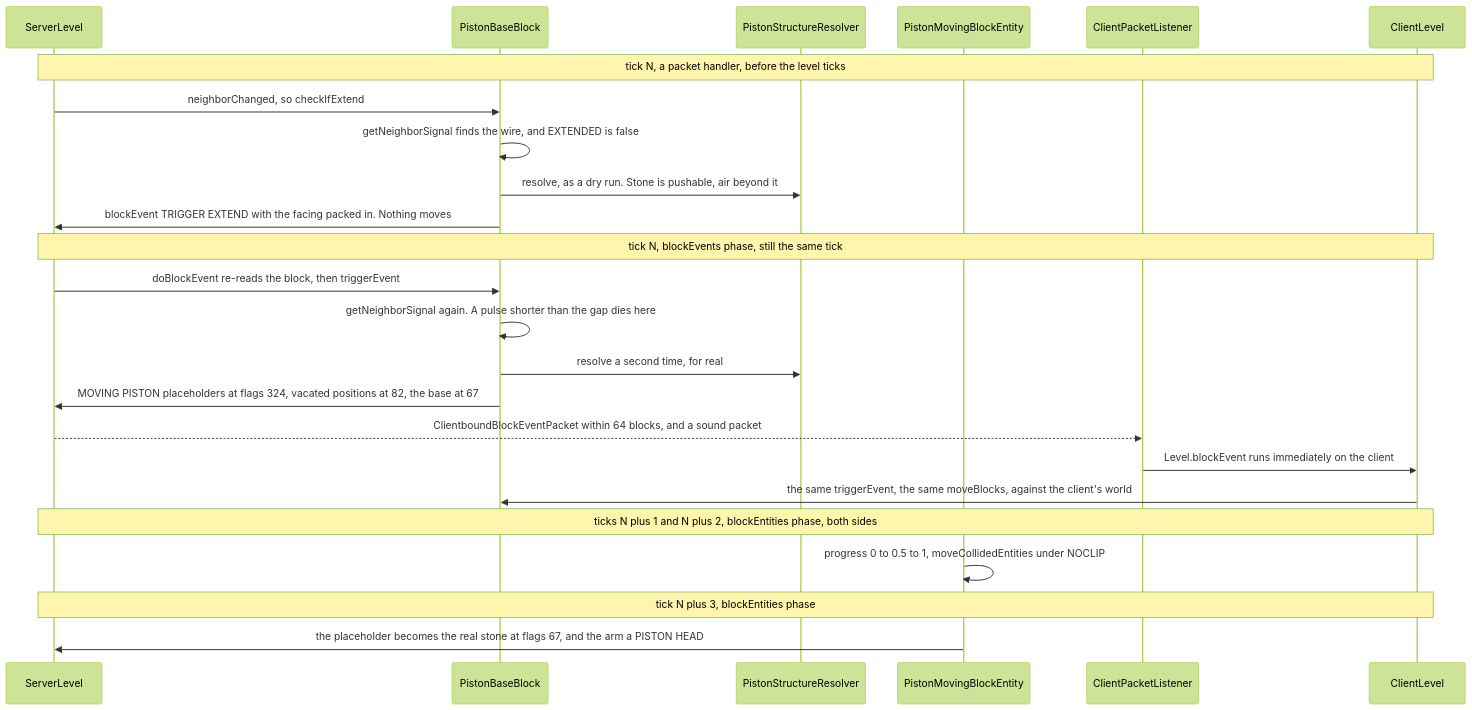
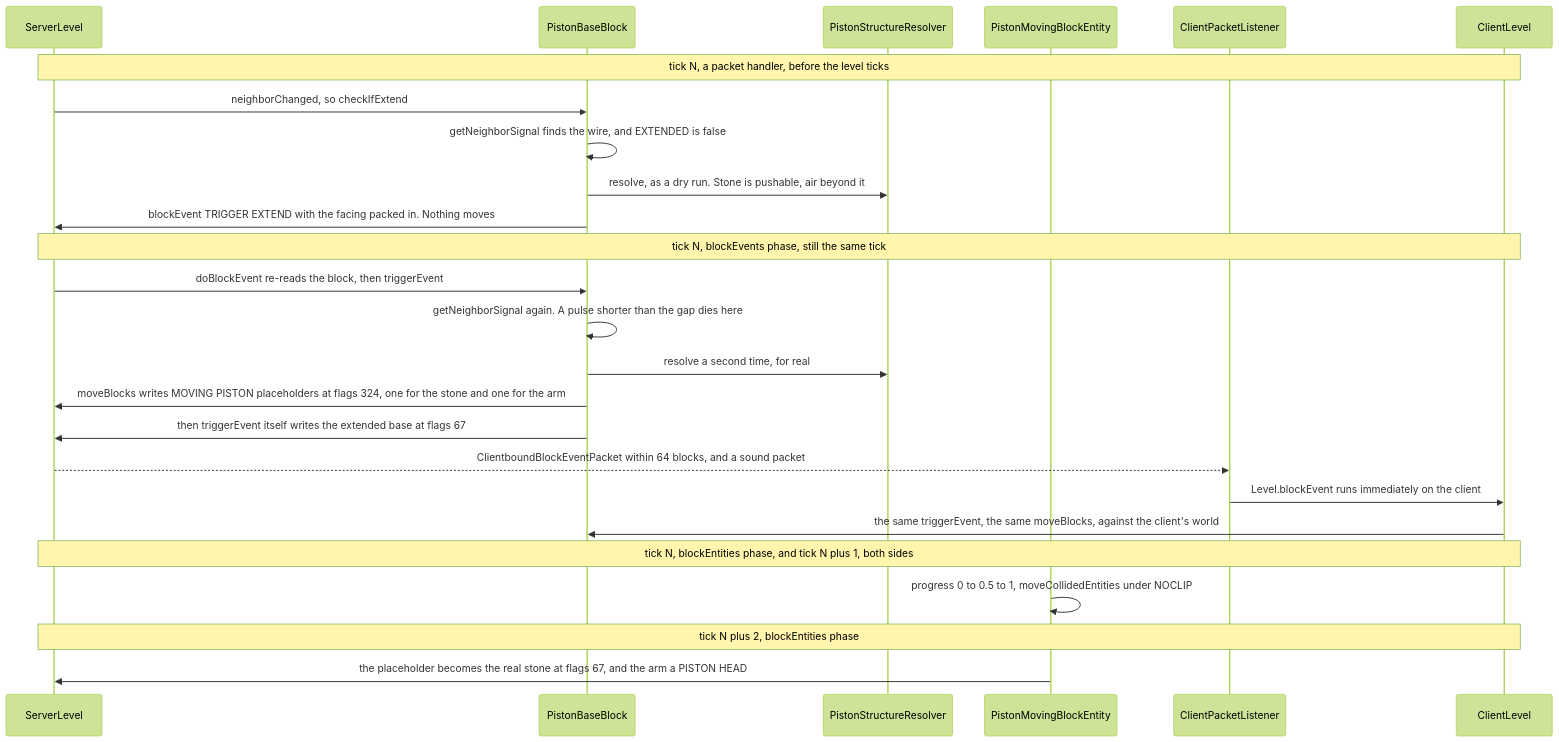
The diagram in src/systems/blocks/pistons-and-block-events.md (AlexanderjFraser/MinecraftDocs), drawn with Mermaid (forest theme) before and after one commit. The commit also changed other lines of this file and 13 other files, not shown here.

````diff
--- a/src/systems/blocks/pistons-and-block-events.md
+++ b/src/systems/blocks/pistons-and-block-events.md
@@ -80,26 +87,27 @@
 ```mermaid
 sequenceDiagram
     participant SL as ServerLevel
     participant PBB as PistonBaseBlock
     participant PSR as PistonStructureResolver
     participant PMBE as PistonMovingBlockEntity
     participant CPL as ClientPacketListener
     participant CL as ClientLevel
     Note over SL,CL: tick N, a packet handler, before the level ticks
     SL->>PBB: neighborChanged, so checkIfExtend
     PBB->>PBB: getNeighborSignal finds the wire, and EXTENDED is false
     PBB->>PSR: resolve, as a dry run. Stone is pushable, air beyond it
     PBB->>SL: blockEvent TRIGGER EXTEND with the facing packed in. Nothing moves
     Note over SL,CL: tick N, blockEvents phase, still the same tick
     SL->>PBB: doBlockEvent re-reads the block, then triggerEvent
     PBB->>PBB: getNeighborSignal again. A pulse shorter than the gap dies here
     PBB->>PSR: resolve a second time, for real
-    PBB->>SL: MOVING PISTON placeholders at flags 324, vacated positions at 82, the base at 67
+    PBB->>SL: moveBlocks writes MOVING PISTON placeholders at flags 324, one for the stone and one for the arm
+    PBB->>SL: then triggerEvent itself writes the extended base at flags 67
     SL-->>CPL: ClientboundBlockEventPacket within 64 blocks, and a sound packet
     CPL->>CL: Level.blockEvent runs immediately on the client
     CL->>PBB: the same triggerEvent, the same moveBlocks, against the client's world
-    Note over SL,CL: ticks N plus 1 and N plus 2, blockEntities phase, both sides
+    Note over SL,CL: tick N, blockEntities phase, and tick N plus 1, both sides
     PMBE->>PMBE: progress 0 to 0.5 to 1, moveCollidedEntities under NOCLIP
-    Note over SL,CL: tick N plus 3, blockEntities phase
+    Note over SL,CL: tick N plus 2, blockEntities phase
     PMBE->>SL: the placeholder becomes the real stone at flags 67, and the arm a PISTON HEAD
 ```
````
